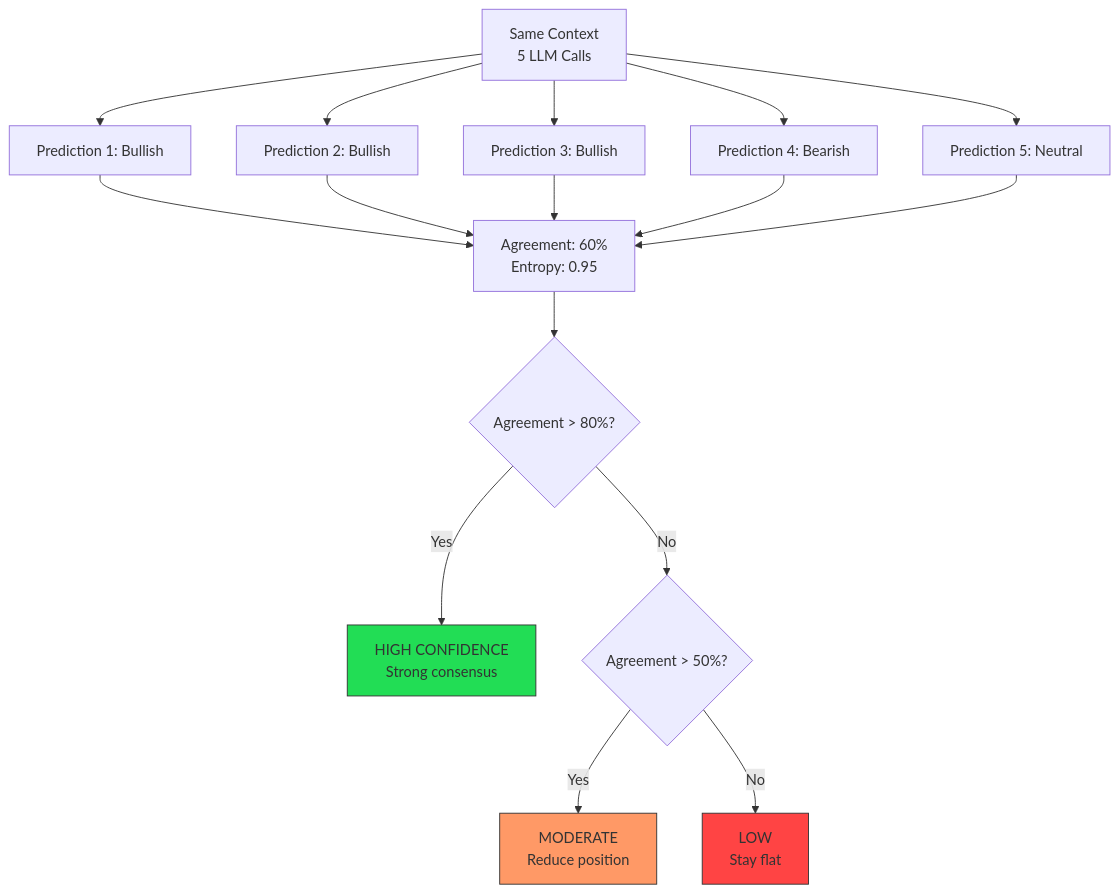
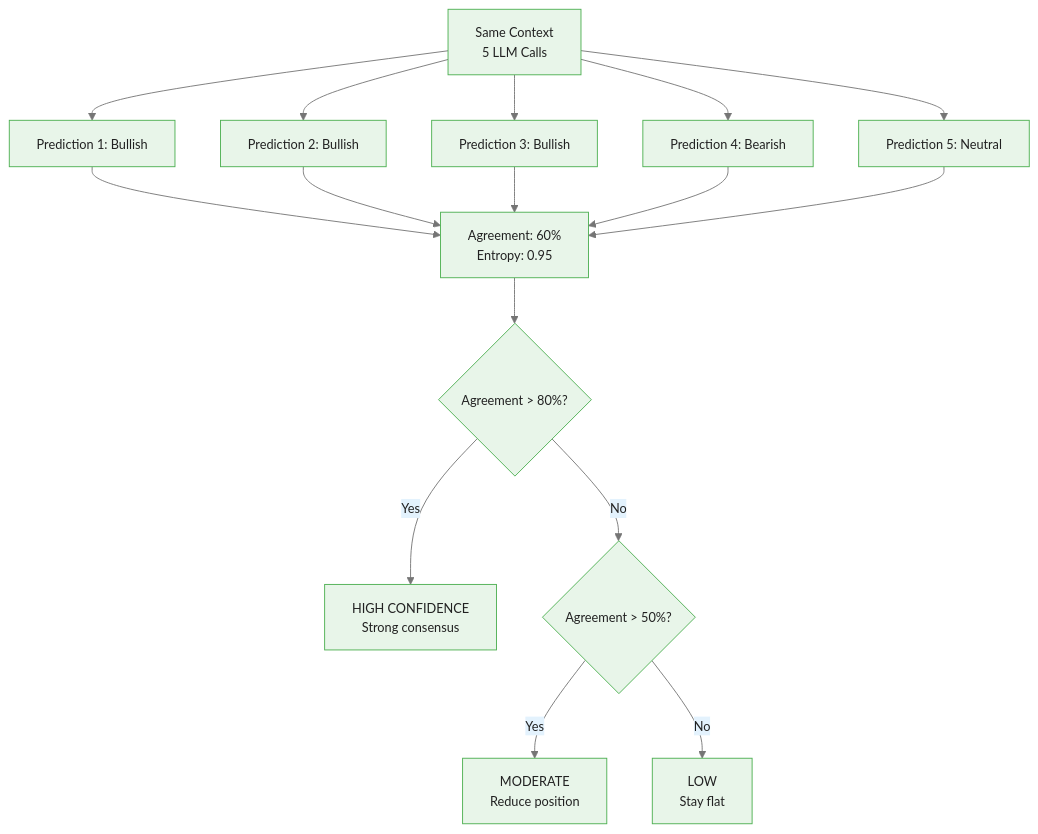
The fourth of 6 diagrams in courses/genai-commodities/modules/module_05_signals/guides/02_confidence_scoring_slides.md (m-deane/course-creator), drawn with Mermaid before and after one commit. The commit also changed other lines of this file and 84 other files, not shown here.

````diff
--- a/courses/genai-commodities/modules/module_05_signals/guides/02_confidence_scoring_slides.md
+++ b/courses/genai-commodities/modules/module_05_signals/guides/02_confidence_scoring_slides.md
@@ -295,24 +329,21 @@
 ```mermaid
+%%{init: {"theme": "base", "themeVariables": {"primaryColor": "#e8f5e9", "primaryBorderColor": "#4caf50", "primaryTextColor": "#212121", "secondaryColor": "#e3f2fd", "tertiaryColor": "#fff8e1", "lineColor": "#757575", "fontFamily": "Inter, sans-serif", "fontSize": "14px"}}}%%
 flowchart TD
     A[Same Context<br/>5 LLM Calls] --> B[Prediction 1: Bullish]
     A --> C[Prediction 2: Bullish]
     A --> D[Prediction 3: Bullish]
     A --> E[Prediction 4: Bearish]
     A --> F[Prediction 5: Neutral]
 
     B --> G[Agreement: 60%<br/>Entropy: 0.95]
     C --> G
     D --> G
     E --> G
     F --> G
 
     G --> H{Agreement > 80%?}
     H -->|Yes| I[HIGH CONFIDENCE<br/>Strong consensus]
     H -->|No| J{Agreement > 50%?}
     J -->|Yes| K[MODERATE<br/>Reduce position]
     J -->|No| L[LOW<br/>Stay flat]
-
-    style I fill:#2d5,stroke:#333
-    style K fill:#f96,stroke:#333
-    style L fill:#f44,stroke:#333
 ```
````
